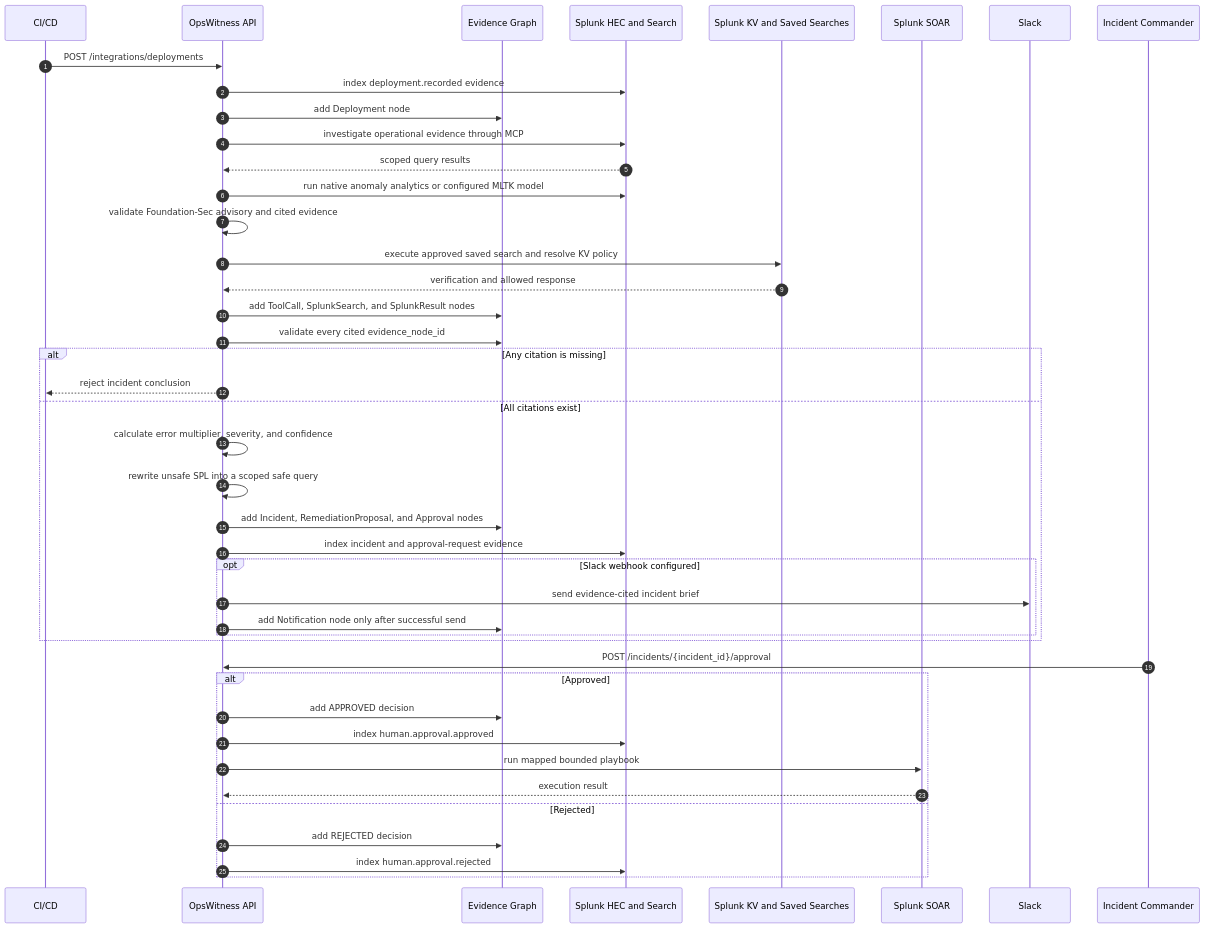
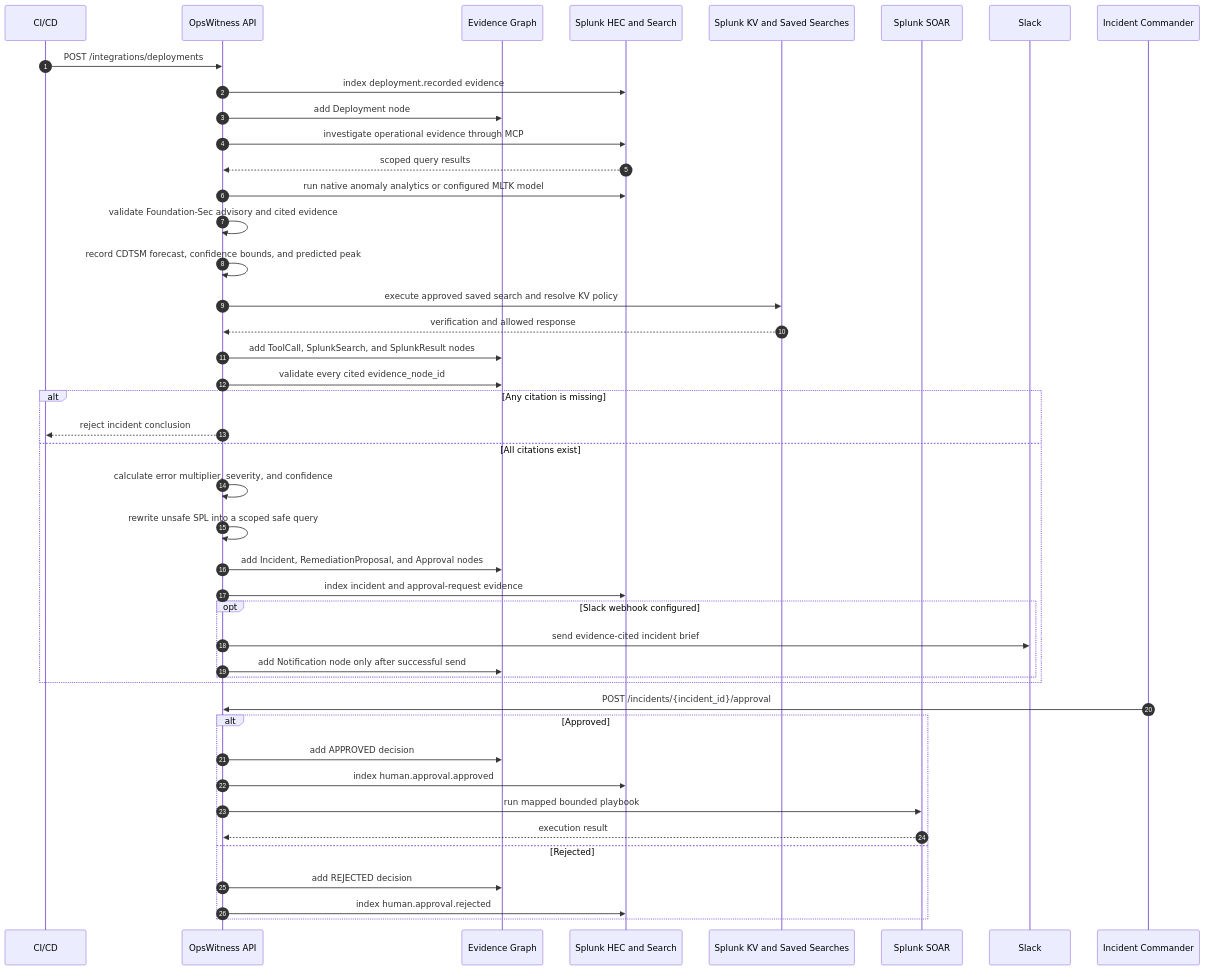
Before and after one commit to N-45div/OpsWitness: the sixth of 7 diagrams in architecture_diagram.md, drawn with Mermaid. The commit also changed other lines of this file and 1 other file, not shown here.

Commit message:
docs: document self-hosted CDTSM integration

````diff
--- a/architecture_diagram.md
+++ b/architecture_diagram.md
@@ -228,49 +233,50 @@
 ```mermaid
 sequenceDiagram
   autonumber
   participant CICD as CI/CD
   participant API as OpsWitness API
   participant Graph as Evidence Graph
   participant Splunk as Splunk HEC and Search
   participant Policy as Splunk KV and Saved Searches
   participant SOAR as Splunk SOAR
   participant Slack as Slack
   participant Human as Incident Commander
 
   CICD->>API: POST /integrations/deployments
   API->>Splunk: index deployment.recorded evidence
   API->>Graph: add Deployment node
 
   API->>Splunk: investigate operational evidence through MCP
   Splunk-->>API: scoped query results
   API->>Splunk: run native anomaly analytics or configured MLTK model
   API->>API: validate Foundation-Sec advisory and cited evidence
+  API->>API: record CDTSM forecast, confidence bounds, and predicted peak
   API->>Policy: execute approved saved search and resolve KV policy
   Policy-->>API: verification and allowed response
   API->>Graph: add ToolCall, SplunkSearch, and SplunkResult nodes
 
   API->>Graph: validate every cited evidence_node_id
   alt Any citation is missing
     API-->>CICD: reject incident conclusion
   else All citations exist
     API->>API: calculate error multiplier, severity, and confidence
     API->>API: rewrite unsafe SPL into a scoped safe query
     API->>Graph: add Incident, RemediationProposal, and Approval nodes
     API->>Splunk: index incident and approval-request evidence
     opt Slack webhook configured
       API->>Slack: send evidence-cited incident brief
       API->>Graph: add Notification node only after successful send
     end
   end
 
   Human->>API: POST /incidents/{incident_id}/approval
   alt Approved
     API->>Graph: add APPROVED decision
     API->>Splunk: index human.approval.approved
     API->>SOAR: run mapped bounded playbook
     SOAR-->>API: execution result
   else Rejected
     API->>Graph: add REJECTED decision
     API->>Splunk: index human.approval.rejected
   end
 ```
````
